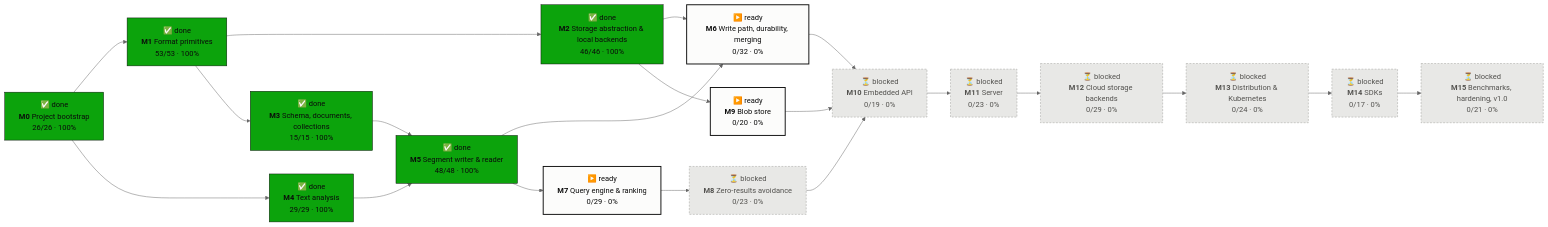
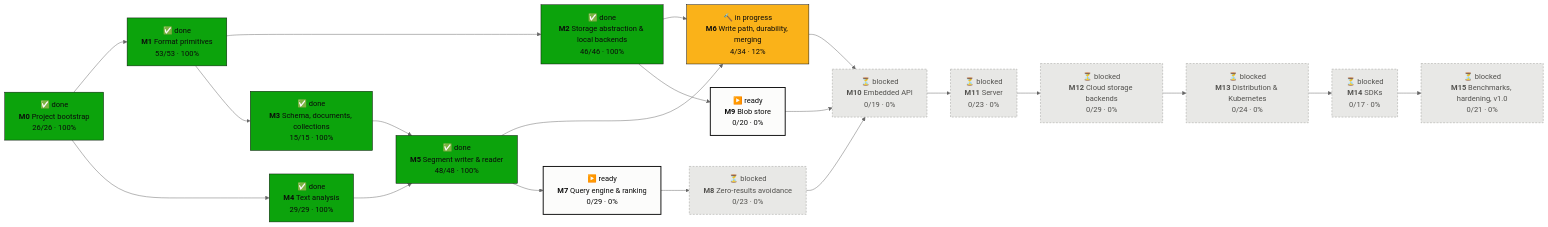
Before and after one commit to tomiok/persiaDB: the first of 2 diagrams in PROGRESS.md, drawn with Mermaid (neutral theme). The commit also changed other lines of this file and 19 other files, not shown here.

First line of the commit message:
Memtable: MVCC views, SearchView traits, flush triggers (ROADMAP 6.1.1–6.1.4) (#35)

````diff
--- a/PROGRESS.md
+++ b/PROGRESS.md
@@ -16,42 +16,42 @@
 ```mermaid
 flowchart LR
   M0["✅ done<br/><b>M0</b> Project bootstrap<br/>26/26 · 100%"]:::done
   M1["✅ done<br/><b>M1</b> Format primitives<br/>53/53 · 100%"]:::done
   M2["✅ done<br/><b>M2</b> Storage abstraction & local backends<br/>46/46 · 100%"]:::done
   M3["✅ done<br/><b>M3</b> Schema, documents, collections<br/>15/15 · 100%"]:::done
   M4["✅ done<br/><b>M4</b> Text analysis<br/>29/29 · 100%"]:::done
   M5["✅ done<br/><b>M5</b> Segment writer & reader<br/>48/48 · 100%"]:::done
-  M6["▶️ ready<br/><b>M6</b> Write path, durability, merging<br/>0/32 · 0%"]:::ready
+  M6["🔨 in progress<br/><b>M6</b> Write path, durability, merging<br/>4/34 · 12%"]:::doing
   M7["▶️ ready<br/><b>M7</b> Query engine & ranking<br/>0/29 · 0%"]:::ready
   M8["⏳ blocked<br/><b>M8</b> Zero-results avoidance<br/>0/23 · 0%"]:::blocked
   M9["▶️ ready<br/><b>M9</b> Blob store<br/>0/20 · 0%"]:::ready
   M10["⏳ blocked<br/><b>M10</b> Embedded API<br/>0/19 · 0%"]:::blocked
   M11["⏳ blocked<br/><b>M11</b> Server<br/>0/23 · 0%"]:::blocked
   M12["⏳ blocked<br/><b>M12</b> Cloud storage backends<br/>0/29 · 0%"]:::blocked
   M13["⏳ blocked<br/><b>M13</b> Distribution & Kubernetes<br/>0/24 · 0%"]:::blocked
   M14["⏳ blocked<br/><b>M14</b> SDKs<br/>0/17 · 0%"]:::blocked
   M15["⏳ blocked<br/><b>M15</b> Benchmarks, hardening, v1.0<br/>0/21 · 0%"]:::blocked
   M0 --> M1
   M1 --> M2
   M1 --> M3
   M0 --> M4
   M3 --> M5
   M4 --> M5
   M2 --> M6
   M5 --> M6
   M5 --> M7
   M7 --> M8
   M2 --> M9
   M6 --> M10
   M8 --> M10
   M9 --> M10
   M10 --> M11
   M11 --> M12
   M12 --> M13
   M13 --> M14
   M14 --> M15
   classDef done fill:#0ca30c,stroke:#0b0b0b,color:#0b0b0b
   classDef doing fill:#fab219,stroke:#0b0b0b,color:#0b0b0b
   classDef ready fill:#fcfcfb,stroke:#0b0b0b,stroke-width:2px,color:#0b0b0b
   classDef blocked fill:#e8e8e6,stroke:#9a9a96,stroke-dasharray:4 3,color:#52514e
 ```
````
